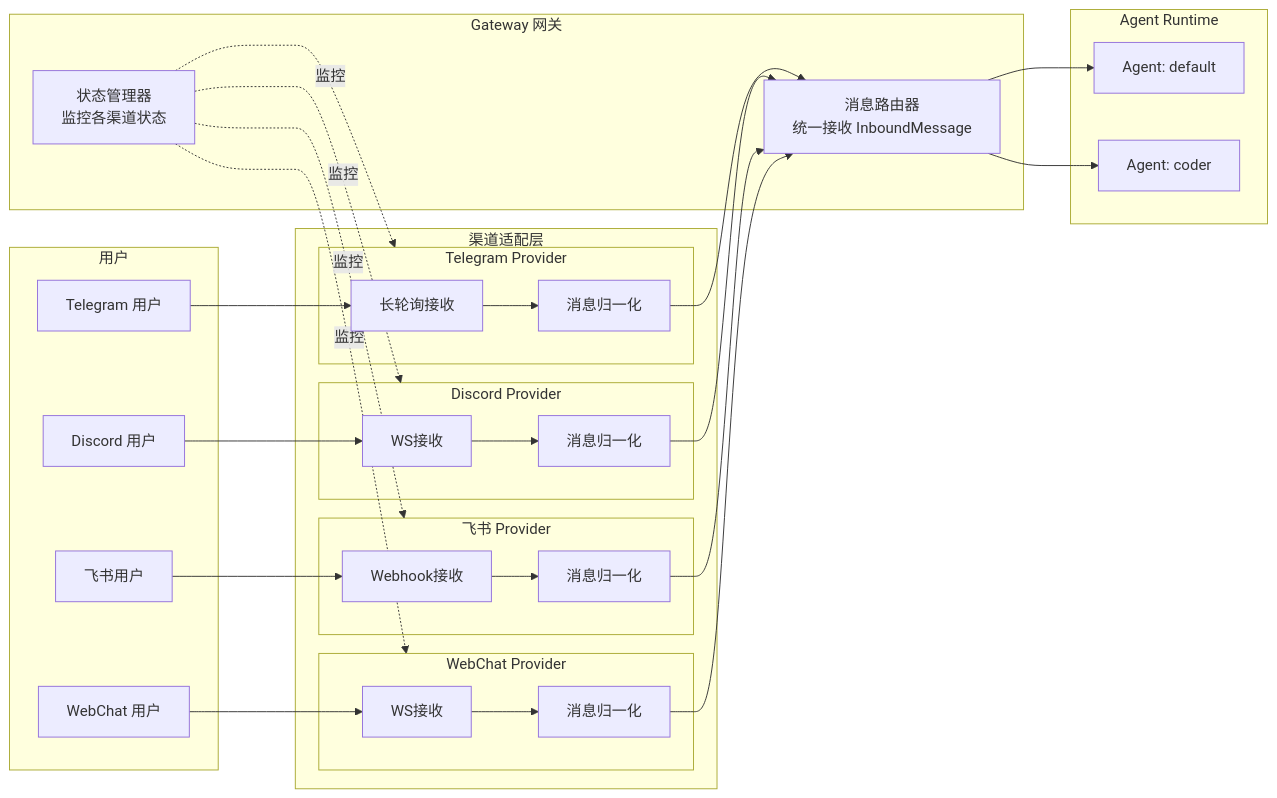
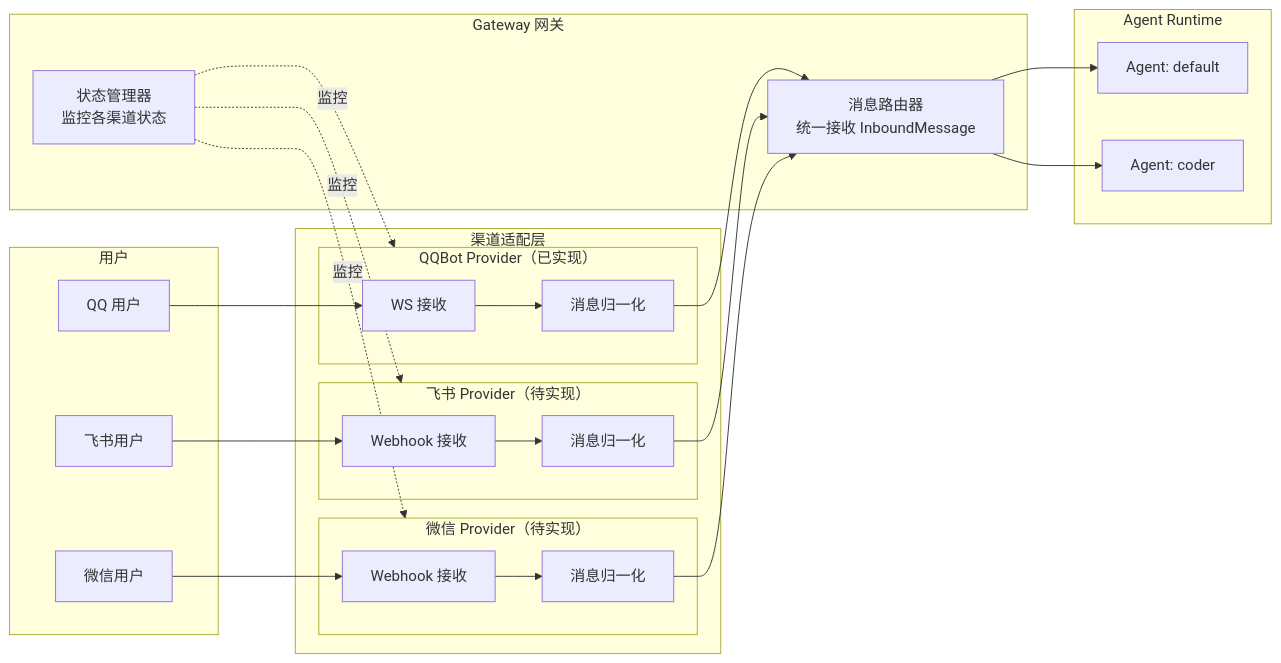
The eighth of 10 diagrams in docs/04-Channels渠道模块.md (jdd-ndd/My-open-claw), drawn with Mermaid before and after one commit. The commit also changed other lines of this file and 1913 other files, not shown here.

````diff
--- a/docs/04-Channels渠道模块.md
+++ b/docs/04-Channels渠道模块.md
@@ -2354,56 +1950,48 @@
 ```mermaid
 flowchart LR
     subgraph Users["用户"]
-        U1["Telegram 用户"]
-        U2["Discord 用户"]
-        U3["飞书用户"]
-        U4["WebChat 用户"]
+        U1["QQ 用户"]
+        U2["飞书用户"]
+        U3["微信用户"]
     end
 
     subgraph Channels["渠道适配层"]
-        subgraph TG["Telegram Provider"]
-            TG1["长轮询接收"]
-            TG2["消息归一化"]
+        subgraph QQ["QQBot Provider（已实现）"]
+            QQ1["WS 接收"]
+            QQ2["消息归一化"]
         end
-        subgraph DC["Discord Provider"]
-            DC1["WS接收"]
-            DC2["消息归一化"]
-        end
-        subgraph FS["飞书 Provider"]
-            FS1["Webhook接收"]
+        subgraph FS["飞书 Provider（待实现）"]
+            FS1["Webhook 接收"]
             FS2["消息归一化"]
         end
-        subgraph WC["WebChat Provider"]
-            WC1["WS接收"]
-            WC2["消息归一化"]
+        subgraph WX["微信 Provider（待实现）"]
+            WX1["Webhook 接收"]
+            WX2["消息归一化"]
         end
     end
 
     subgraph Gateway["Gateway 网关"]
         Router["消息路由器<br/>统一接收 InboundMessage"]
         StateManager["状态管理器<br/>监控各渠道状态"]
     end
 
     subgraph Agents["Agent Runtime"]
         A1["Agent: default"]
         A2["Agent: coder"]
     end
 
-    U1 --> TG1 --> TG2
-    U2 --> DC1 --> DC2
-    U3 --> FS1 --> FS2
-    U4 --> WC1 --> WC2
+    U1 --> QQ1 --> QQ2
+    U2 --> FS1 --> FS2
+    U3 --> WX1 --> WX2
 
-    TG2 --> Router
-    DC2 --> Router
+    QQ2 --> Router
     FS2 --> Router
-    WC2 --> Router
+    WX2 --> Router
 
     Router --> A1
     Router --> A2
 
-    StateManager -.->|监控| TG
-    StateManager -.->|监控| DC
+    StateManager -.->|监控| QQ
     StateManager -.->|监控| FS
-    StateManager -.->|监控| WC
+    StateManager -.->|监控| WX
 ```
````
